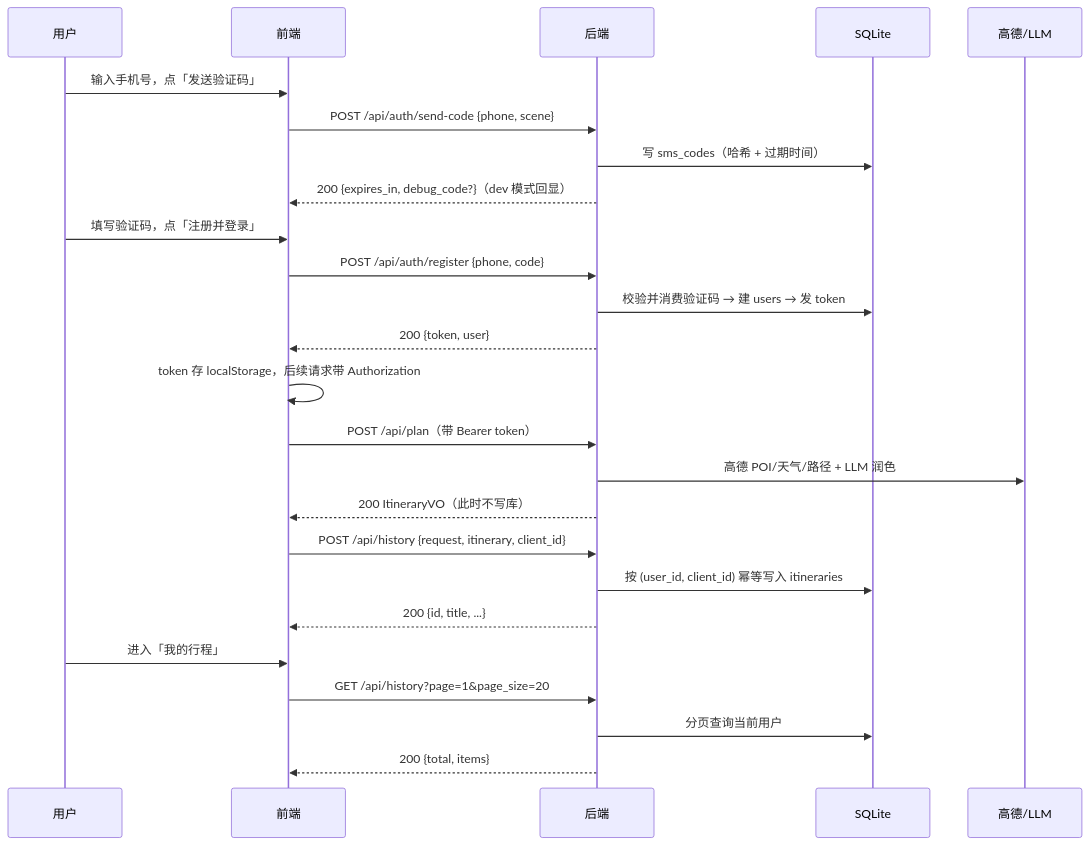
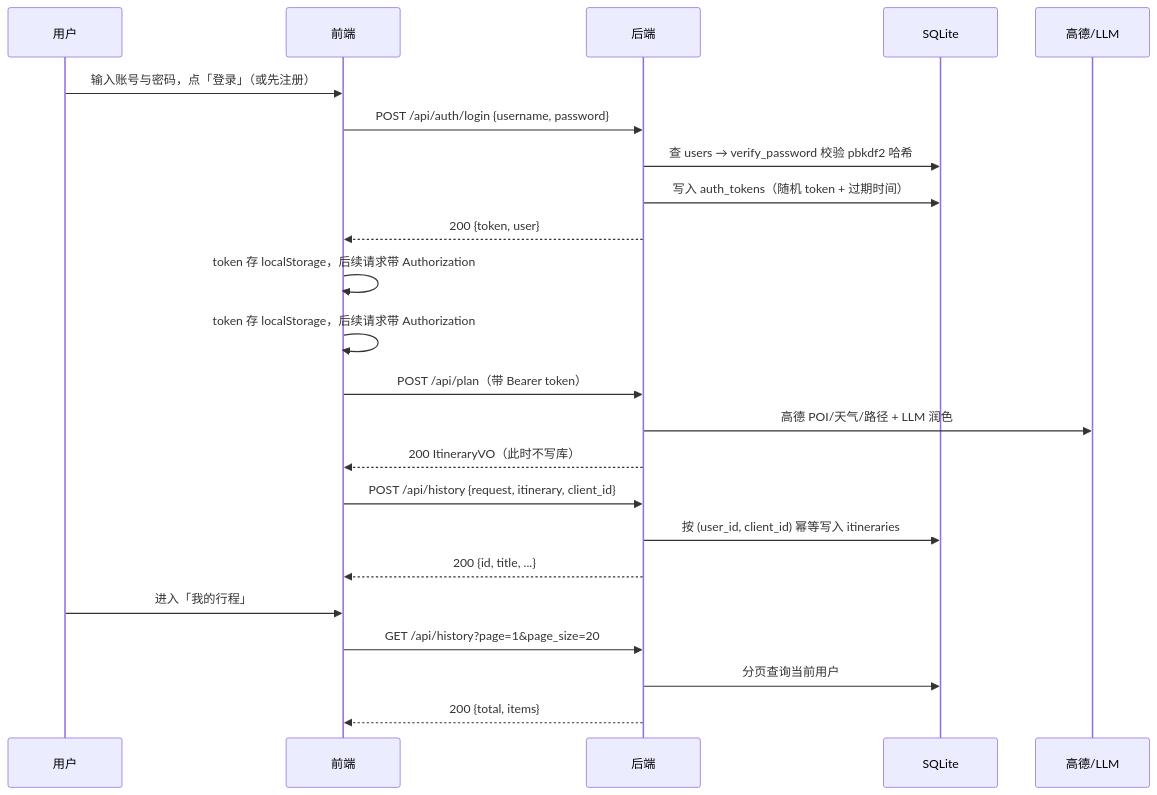
One commit to yuchao-DEV/ai-travel-assistant changed the third of 4 diagrams in README.md. Above: the diagram before and after it, drawn with Mermaid. The commit also changed other lines of this file, not shown here.

````diff
--- a/README.md
+++ b/README.md
@@ -366,28 +368,26 @@
 ```mermaid
 sequenceDiagram
     participant U as 用户
     participant F as 前端
     participant B as 后端
     participant D as SQLite
     participant X as 高德/LLM
 
-    U->>F: 输入手机号，点「发送验证码」
-    F->>B: POST /api/auth/send-code {phone, scene}
-    B->>D: 写 sms_codes（哈希 + 过期时间）
-    B-->>F: 200 {expires_in, debug_code?}（dev 模式回显）
-    U->>F: 填写验证码，点「注册并登录」
-    F->>B: POST /api/auth/register {phone, code}
-    B->>D: 校验并消费验证码 → 建 users → 发 token
+    U->>F: 输入账号与密码，点「登录」（或先注册）
+    F->>B: POST /api/auth/login {username, password}
+    B->>D: 查 users → verify_password 校验 pbkdf2 哈希
+    B->>D: 写入 auth_tokens（随机 token + 过期时间）
     B-->>F: 200 {token, user}
+    F->>F: token 存 localStorage，后续请求带 Authorization
     F->>F: token 存 localStorage，后续请求带 Authorization
     F->>B: POST /api/plan（带 Bearer token）
     B->>X: 高德 POI/天气/路径 + LLM 润色
     B-->>F: 200 ItineraryVO（此时不写库）
     F->>B: POST /api/history {request, itinerary, client_id}
     B->>D: 按 (user_id, client_id) 幂等写入 itineraries
     B-->>F: 200 {id, title, ...}
     U->>F: 进入「我的行程」
     F->>B: GET /api/history?page=1&page_size=20
     B->>D: 分页查询当前用户
     B-->>F: 200 {total, items}
 ```
````
